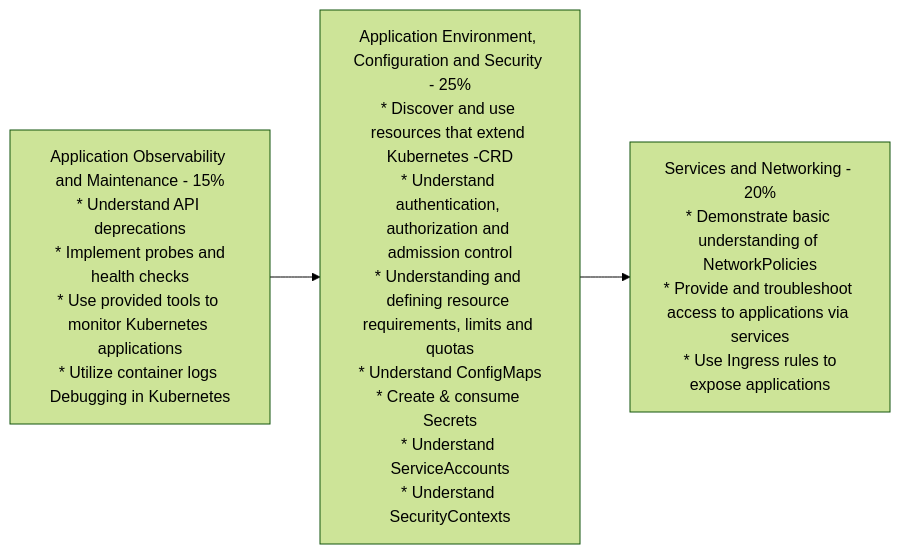
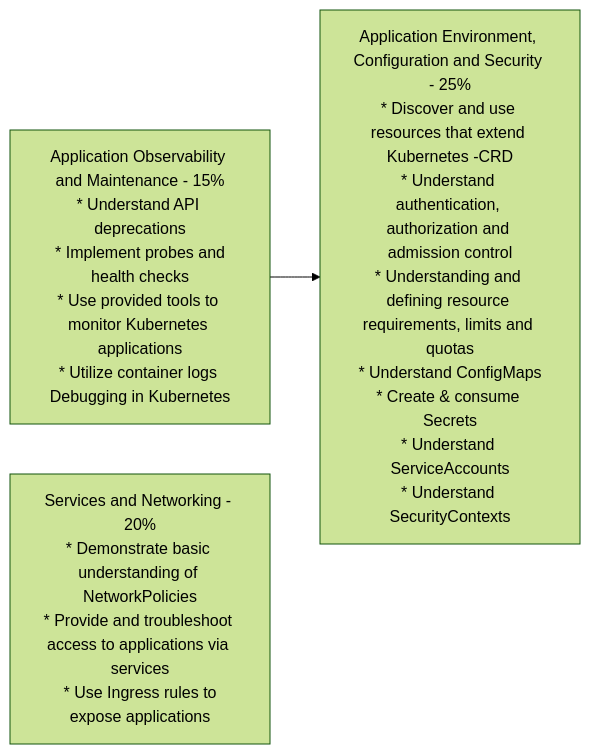
The second of 2 diagrams in README.md (edithturn/CKAD-training), drawn with Mermaid (forest theme) before and after one commit.

Commit message:
domain part II

````diff
--- a/README.md
+++ b/README.md
@@ -19,6 +19,6 @@
 ```mermaid
 flowchart LR
 C[Application Observability and Maintenance - 15%<br />* Understand API deprecations<br /> * Implement probes and health checks<br />* Use provided tools to monitor Kubernetes applications<br />* Utilize container logs Debugging in Kubernetes] --> D
-D[Application Environment, Configuration and Security - 25%<br />* Discover and use resources that extend Kubernetes -CRD<br />* Understand authentication, authorization and admission control<br />* Understanding and defining resource requirements, limits and quotas<br />* Understand ConfigMaps<br />* Create & consume Secrets<br />* Understand ServiceAccounts<br />* Understand SecurityContexts] --> E
+D[Application Environment, Configuration and Security - 25%<br />* Discover and use resources that extend Kubernetes -CRD<br />* Understand authentication, authorization and admission control<br />* Understanding and defining resource requirements, limits and quotas<br />* Understand ConfigMaps<br />* Create & consume Secrets<br />* Understand ServiceAccounts<br />* Understand SecurityContexts]
 E[Services and Networking - 20%<br />* Demonstrate basic understanding of NetworkPolicies<br />* Provide and troubleshoot access to applications via services<br /> * Use Ingress rules to expose applications]
 ```
````
